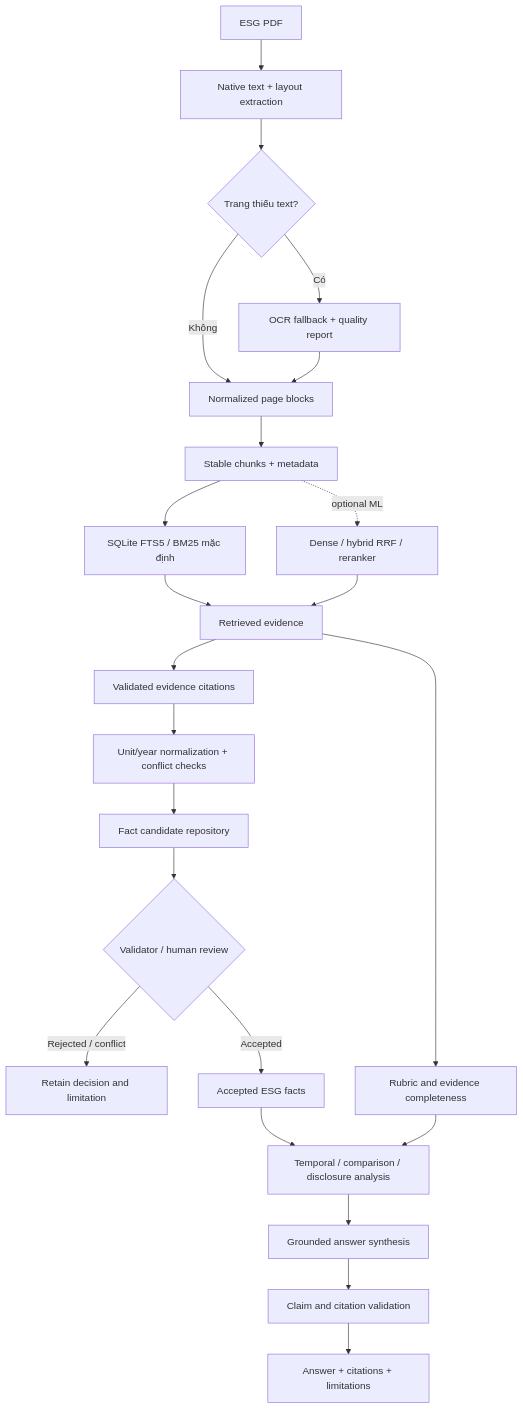
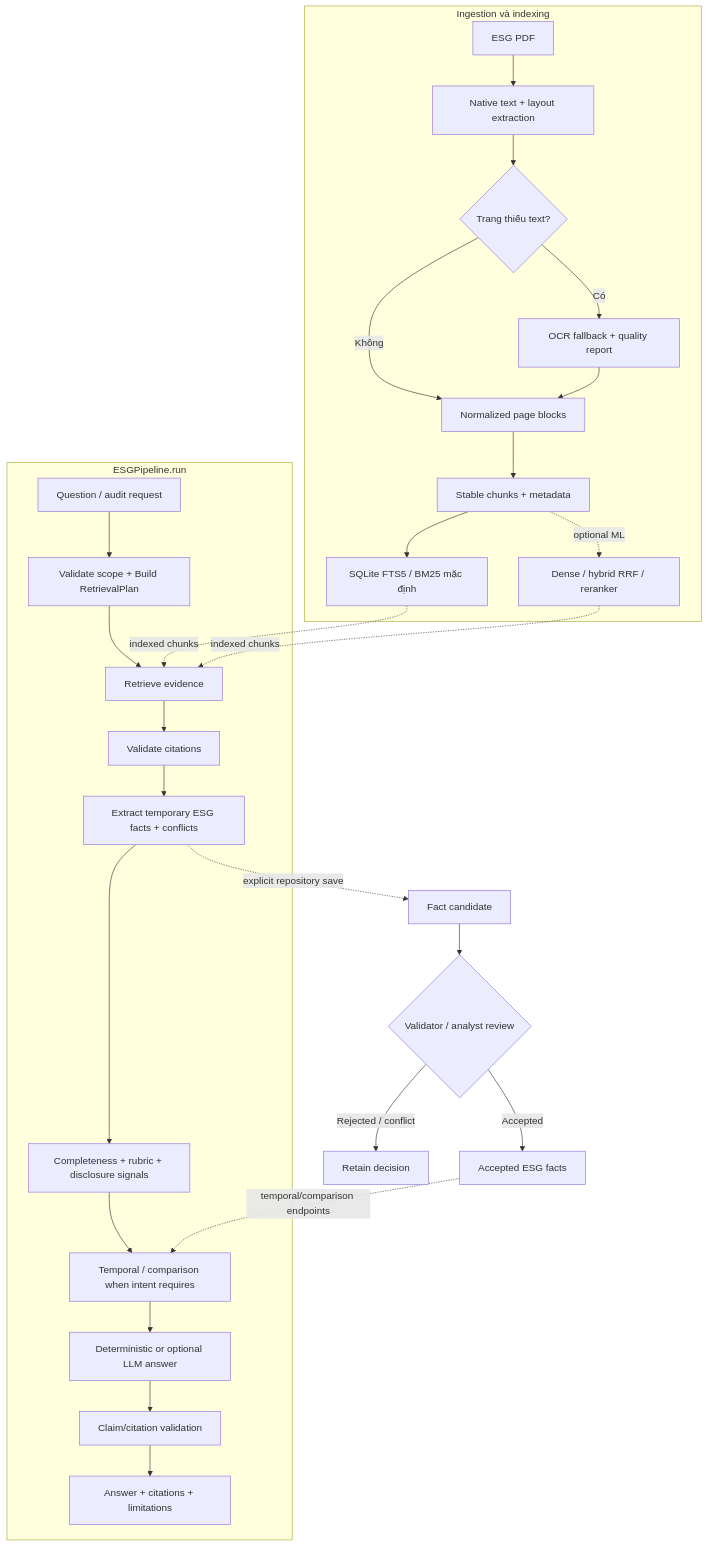
The diagram in README.md (haminhthong/Evidence-Grounded-ESG-Report-Analyst), drawn with Mermaid before and after one commit. The commit also changed other lines of this file and 1 other file, not shown here.

```diff
--- a/README.md
+++ b/README.md
@@ -34,25 +37,33 @@
 ~~~~mermaid
 flowchart TD
-    A[ESG PDF] --> B[Native text + layout extraction]
-    B --> C{Trang thiếu text?}
-    C -->|Có| D[OCR fallback + quality report]
-    C -->|Không| E[Normalized page blocks]
-    D --> E
-    E --> F[Stable chunks + metadata]
-    F --> G[SQLite FTS5 / BM25 mặc định]
-    F -. optional ML .-> H[Dense / hybrid RRF / reranker]
-    G --> I[Retrieved evidence]
-    H --> I
-    I --> J[Validated evidence citations]
-    J --> K[Unit/year normalization + conflict checks]
-    K --> L[Fact candidate repository]
-    L --> M{Validator / human review}
-    M -->|Rejected / conflict| N[Retain decision and limitation]
-    M -->|Accepted| O[Accepted ESG facts]
-    I --> P[Rubric and evidence completeness]
-    O --> Q[Temporal / comparison / disclosure analysis]
-    P --> Q
-    Q --> R[Grounded answer synthesis]
-    R --> S[Claim and citation validation]
-    S --> T[Answer + citations + limitations]
+    subgraph OFFLINE[Ingestion và indexing]
+        A[ESG PDF] --> B[Native text + layout extraction]
+        B --> C{Trang thiếu text?}
+        C -->|Có| D[OCR fallback + quality report]
+        C -->|Không| E[Normalized page blocks]
+        D --> E
+        E --> F[Stable chunks + metadata]
+        F --> G[SQLite FTS5 / BM25 mặc định]
+        F -. optional ML .-> H[Dense / hybrid RRF / reranker]
+    end
+
+    subgraph ONLINE[ESGPipeline.run]
+        I[Question / audit request] --> J[Validate scope + Build RetrievalPlan]
+        J --> K[Retrieve evidence]
+        K --> L[Validate citations]
+        L --> M[Extract temporary ESG facts + conflicts]
+        M --> N[Completeness + rubric + disclosure signals]
+        N --> O[Temporal / comparison when intent requires]
+        O --> P[Deterministic or optional LLM answer]
+        P --> Q[Claim/citation validation]
+        Q --> R[Answer + citations + limitations]
+    end
+
+    G -. indexed chunks .-> K
+    H -. indexed chunks .-> K
+    M -. explicit repository save .-> S[Fact candidate]
+    S --> T{Validator / analyst review}
+    T -->|Rejected / conflict| U[Retain decision]
+    T -->|Accepted| V[Accepted ESG facts]
+    V -. temporal/comparison endpoints .-> O
 ~~~~
```
